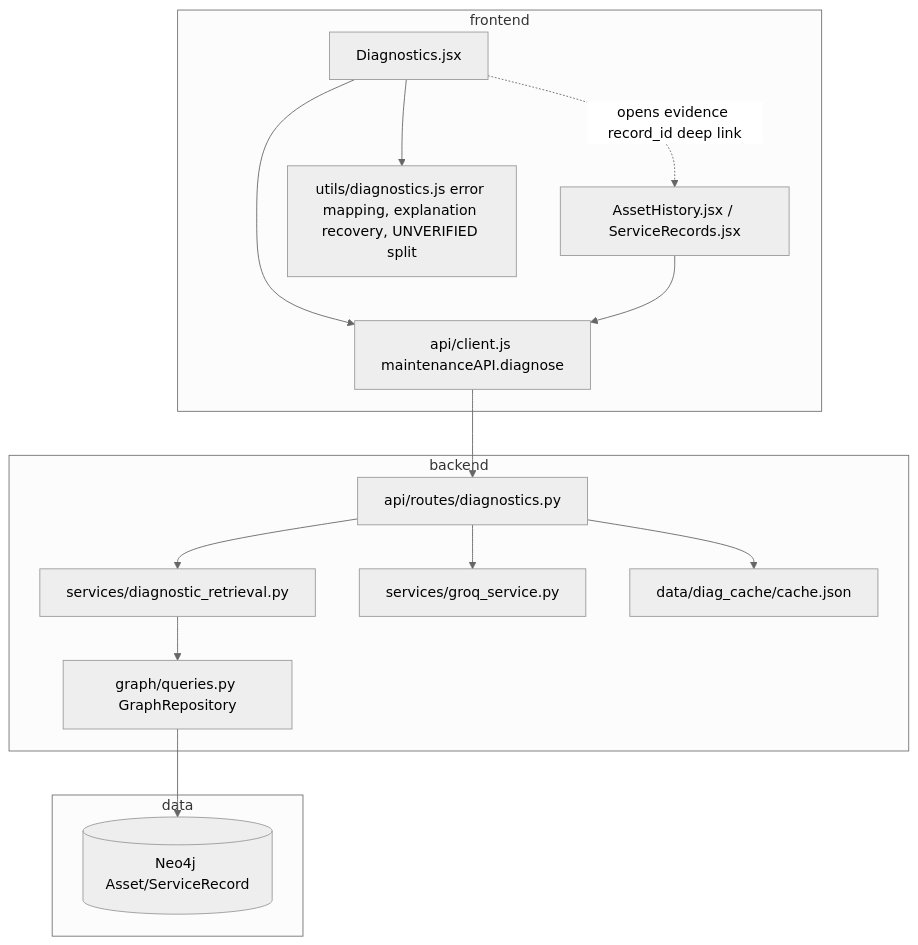
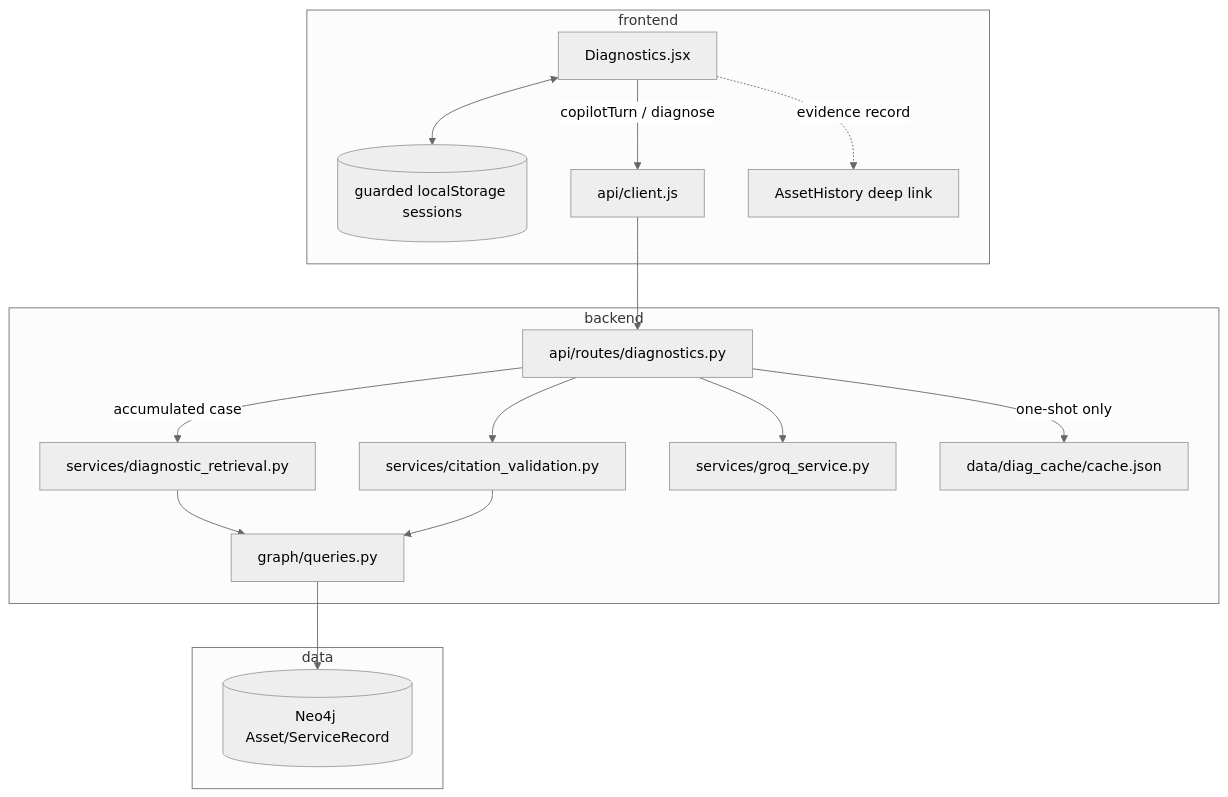
One commit to umaritics/halite changed the diagram in knowledge/flows/FLOW-diagnose.md. Above: the diagram before and after it, drawn with Mermaid (neutral theme). The commit also changed other lines of this file and 7 other files, not shown here.

Commit message:
docs: record diagnostic copilot contracts and evidence

````diff
--- a/knowledge/flows/FLOW-diagnose.md
+++ b/knowledge/flows/FLOW-diagnose.md
@@ -52,27 +63,27 @@
 ```mermaid
 flowchart TB
   subgraph frontend
     D[Diagnostics.jsx]
-    C[api/client.js maintenanceAPI.diagnose]
-    H[AssetHistory.jsx / ServiceRecords.jsx]
-    U[utils/diagnostics.js error mapping, explanation recovery, UNVERIFIED split]
+    S[(guarded localStorage sessions)]
+    C[api/client.js]
+    H[AssetHistory deep link]
   end
   subgraph backend
     R[api/routes/diagnostics.py]
     RET[services/diagnostic_retrieval.py]
+    V[services/citation_validation.py]
     G[services/groq_service.py]
     CACHE[data/diag_cache/cache.json]
-    QR[graph/queries.py GraphRepository]
+    QR[graph/queries.py]
   end
   subgraph data
     N[(Neo4j Asset/ServiceRecord)]
   end
-  D --> C --> R
-  R --> RET
+  D -->|copilotTurn / diagnose| C --> R
+  D <--> S
+  R -->|accumulated case| RET --> QR --> N
   R --> G
-  R --> CACHE
-  RET --> QR --> N
-  D -. opens evidence record_id deep link .-> H
-  D --> U
-  H --> C
+  R --> V --> QR
+  R -->|one-shot only| CACHE
+  D -. evidence record .-> H
 ```
````
